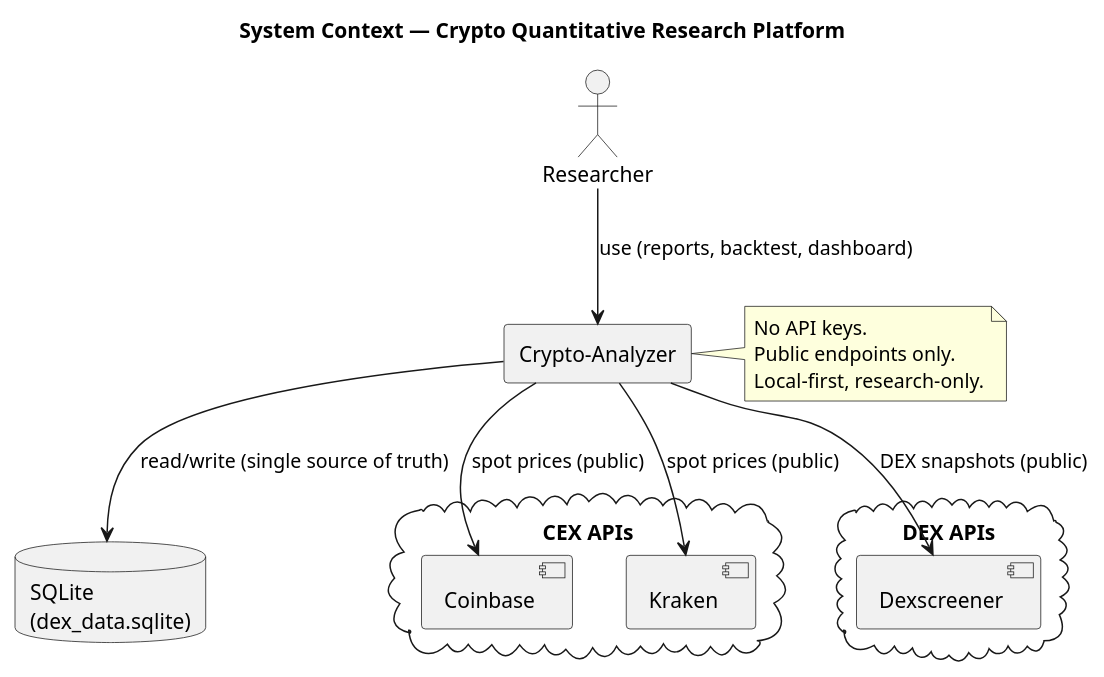
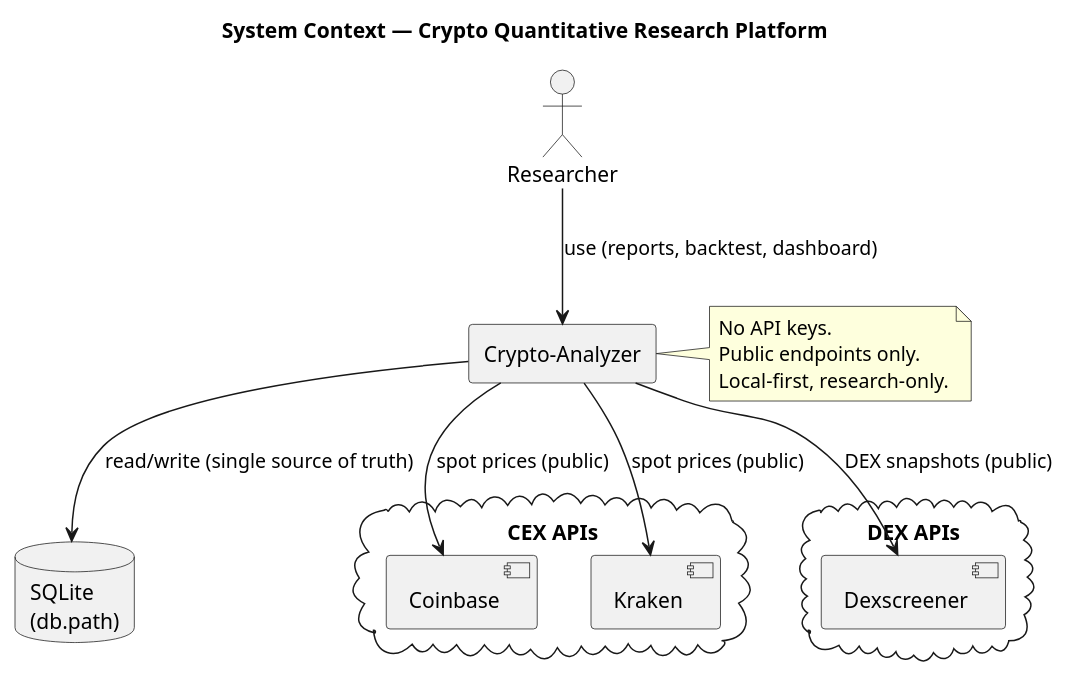
The diagram in docs/diagrams/architecture_context.puml (AlpharomeroJL/Crypto-Anaylzer), drawn with PlantUML before and after one commit. The commit also changed 57 other files, not shown here.

```diff
--- a/docs/diagrams/architecture_context.puml
+++ b/docs/diagrams/architecture_context.puml
@@ -1,30 +1,30 @@
 @startuml architecture_context
 title System Context — Crypto Quantitative Research Platform
 
 actor "Researcher" as User
 rectangle "Crypto-Analyzer" as App
 
 cloud "CEX APIs" {
   [Coinbase] as Coinbase
   [Kraken] as Kraken
 }
 
 cloud "DEX APIs" {
   [Dexscreener] as Dexscreener
 }
 
-database "SQLite\n(dex_data.sqlite)" as DB
+database "SQLite\n(db.path)" as DB
 
 User --> App : use (reports, backtest, dashboard)
 App --> Coinbase : spot prices (public)
 App --> Kraken : spot prices (public)
 App --> Dexscreener : DEX snapshots (public)
 App --> DB : read/write (single source of truth)
 
 note right of App
   No API keys.
   Public endpoints only.
   Local-first, research-only.
 end note
 
 @enduml
```
